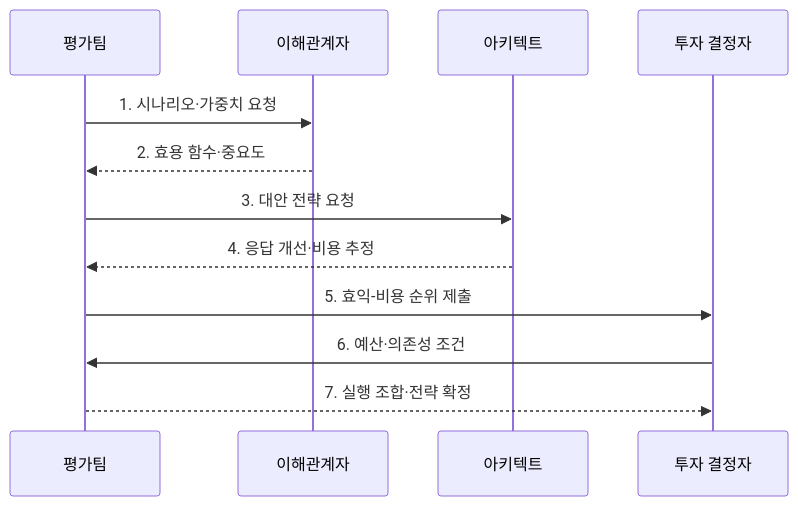
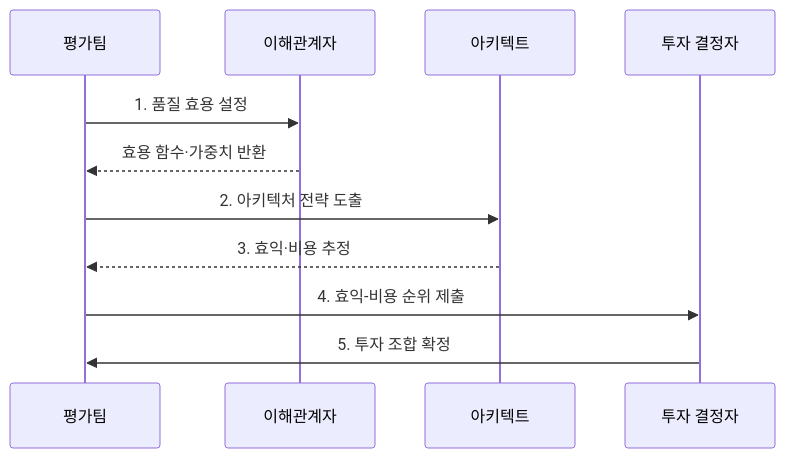
Before and after one commit to agnusdei1207/knowledge-base: the second of 2 diagrams in src/content/docs/notes/03-software/072_cbam.md, drawn with Mermaid. The commit also changed other lines of this file and 238 other files, not shown here.

````diff
--- a/src/content/docs/notes/03-software/072_cbam.md
+++ b/src/content/docs/notes/03-software/072_cbam.md
@@ -80,14 +80,13 @@
 ```mermaid
 sequenceDiagram
     participant T as 평가팀
     participant S as 이해관계자
     participant A as 아키텍트
     participant D as 투자 결정자
-    T->>S: 1. 시나리오·가중치 요청
-    S-->>T: 2. 효용 함수·중요도
-    T->>A: 3. 대안 전략 요청
-    A-->>T: 4. 응답 개선·비용 추정
-    T->>D: 5. 효익-비용 순위 제출
-    D->>T: 6. 예산·의존성 조건
-    T-->>D: 7. 실행 조합·전략 확정
+    T->>S: 1. 품질 효용 설정
+    S-->>T: 효용 함수·가중치 반환
+    T->>A: 2. 아키텍처 전략 도출
+    A-->>T: 3. 효익·비용 추정
+    T->>D: 4. 효익-비용 순위 제출
+    D->>T: 5. 투자 조합 확정
 ```
````
